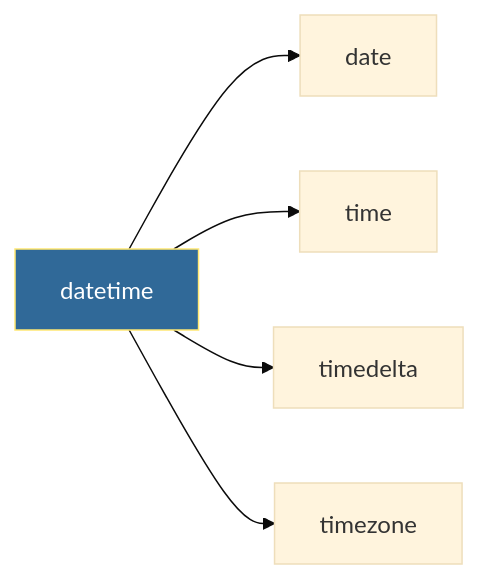
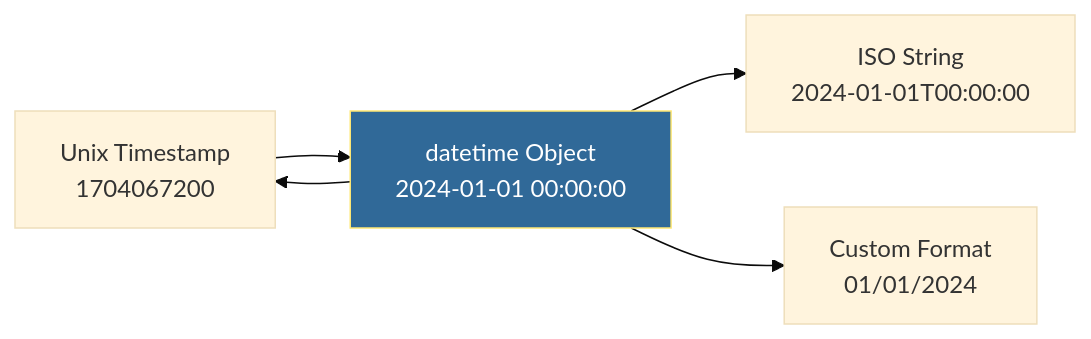
The second of 2 diagrams in 1-Beginner/02-Phase-2/01-Automation/02-Python-Basics/12-Datetime-Operations/README.md (Ganil151/Devops), drawn with Mermaid (base theme) before and after one commit. The commit also changed other lines of this file and 74 other files, not shown here.

````diff
--- a/1-Beginner/02-Phase-2/01-Automation/02-Python-Basics/12-Datetime-Operations/README.md
+++ b/1-Beginner/02-Phase-2/01-Automation/02-Python-Basics/12-Datetime-Operations/README.md
@@ -18,9 +46,9 @@
 ```mermaid
 flowchart LR
-    A[datetime] --> B[date]
-    A --> C[time]
-    A --> D[timedelta]
-    A --> E[timezone]
+    A["Unix Timestamp<br>1704067200"] --> B["datetime Object<br>2024-01-01 00:00:00"]
+    B --> C["ISO String<br>2024-01-01T00:00:00"]
+    B --> D["Custom Format<br>01/01/2024"]
+    B --> A
     
-    style A fill:#306998,stroke:#ffe873,color:#fff
+    style B fill:#306998,stroke:#ffe873,color:#fff
 ```
````
